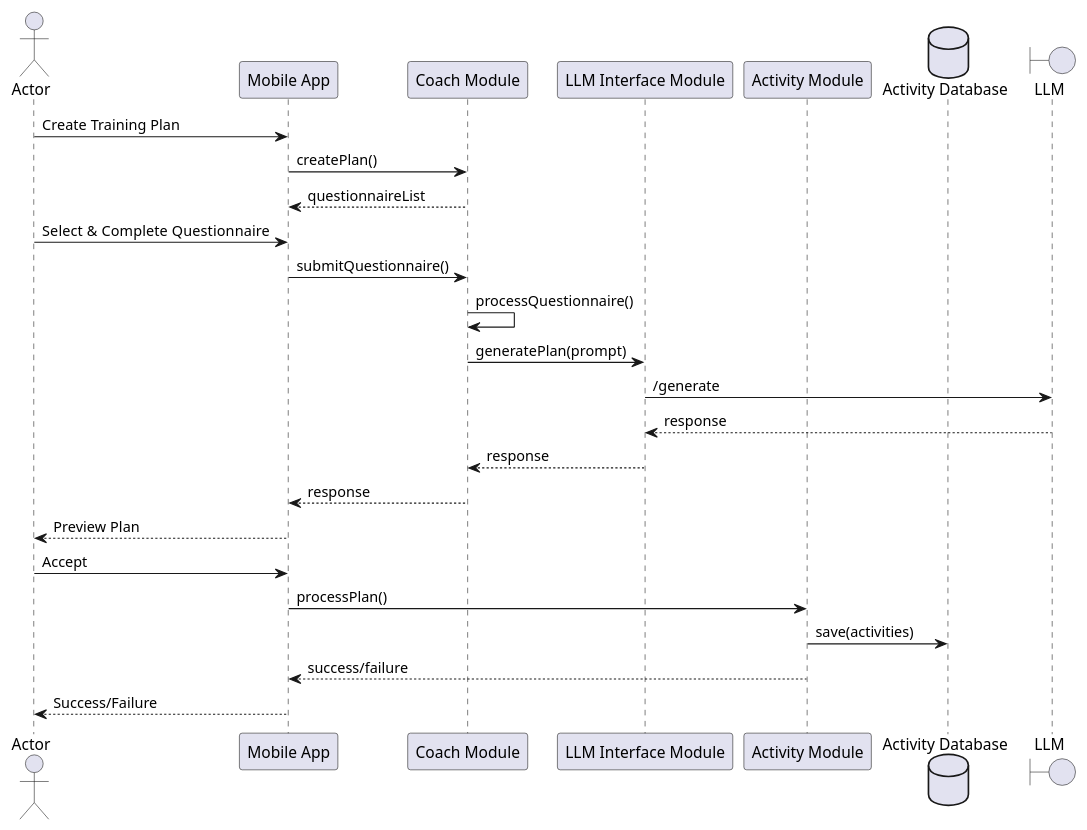
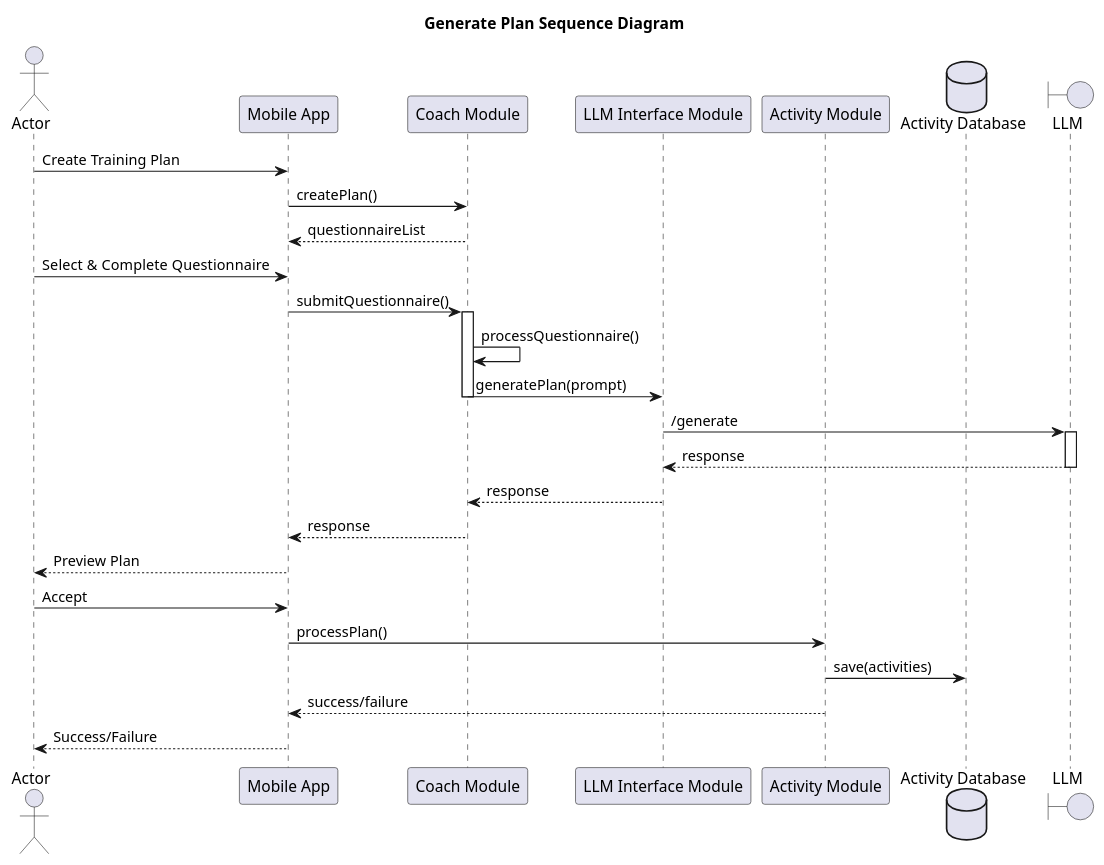
Before and after one commit to ruben-du-toit/aurii-app-service: the diagram in etc/diagrams/generate-plan-sequence.puml, drawn with PlantUML. The commit also changed 2 other files, not shown here.

Commit message:
Added several more draft diagrams

```diff
--- a/etc/diagrams/generate-plan-sequence.puml
+++ b/etc/diagrams/generate-plan-sequence.puml
@@ -1,34 +1,40 @@
 @startuml
+title: Generate Plan Sequence Diagram
+
 actor           "Actor"                     as User
 participant     "Mobile App"                as App
 participant     "Coach Module"              as Coach
 participant     "LLM Interface Module"      as LLMInterface
 participant     "Activity Module"           as Activity
 database        "Activity Database"         as ActivityDb
 boundary        "LLM"                       as LLM
 
 
 User -> App: Create Training Plan
 App -> Coach: createPlan()
 Coach --> App: questionnaireList
 User -> App: Select  & Complete Questionnaire
 App -> Coach: submitQuestionnaire()
+activate Coach
 Coach -> Coach: processQuestionnaire()
 Coach -> LLMInterface: generatePlan(prompt)
+deactivate Coach
 
 LLMInterface -> LLM: /generate
+activate LLM
 LLM --> LLMInterface: response
+deactivate LLM
 
 LLMInterface --> Coach: response
 
 Coach --> App: response
 App --> User: Preview Plan
 
 User -> App: Accept
 App ->  Activity: processPlan()
 Activity -> ActivityDb: save(activities)
 Activity --> App: success/failure
 App --> User: Success/Failure
 
 
 @enduml
```
